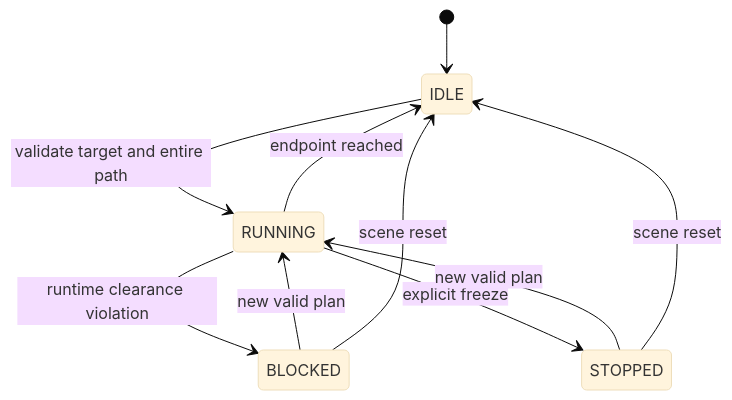
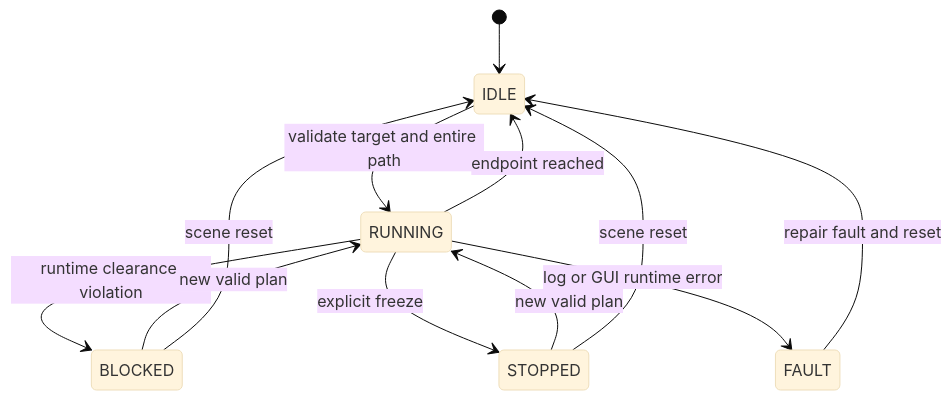
One commit to timo456/RobotArm-Lab changed the diagram in docs/ARCHITECTURE.md. Above: the diagram before and after it, drawn with Mermaid (base theme). The commit also changed other lines of this file and 51 other files, not shown here.

````diff
--- a/docs/ARCHITECTURE.md
+++ b/docs/ARCHITECTURE.md
@@ -48,12 +57,14 @@
 ```mermaid
 stateDiagram-v2
   [*] --> IDLE
   IDLE --> RUNNING: validate target and entire path
   RUNNING --> IDLE: endpoint reached
   RUNNING --> BLOCKED: runtime clearance violation
   RUNNING --> STOPPED: explicit freeze
+  RUNNING --> FAULT: log or GUI runtime error
+  FAULT --> IDLE: repair fault and reset
   BLOCKED --> RUNNING: new valid plan
   STOPPED --> RUNNING: new valid plan
   BLOCKED --> IDLE: scene reset
   STOPPED --> IDLE: scene reset
 ```
````
